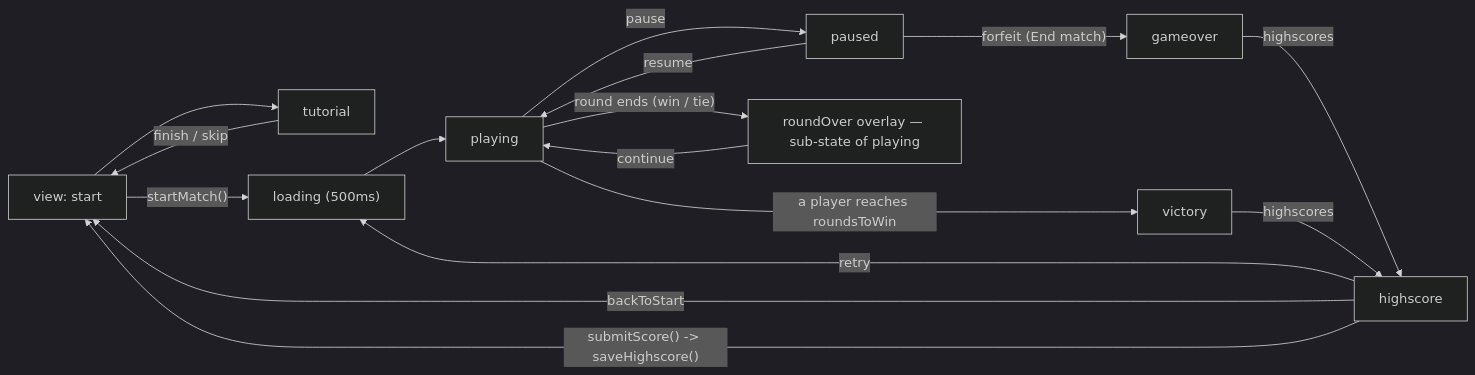
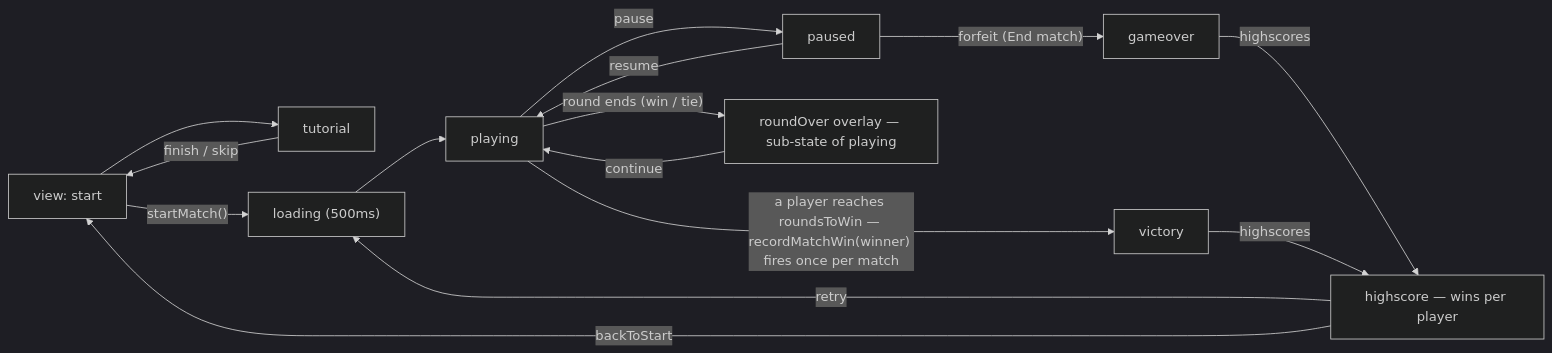
Before and after one commit to EdwardOYM/react-flash-games: the third of 3 diagrams in .github/diagram/architecture-flow.md, drawn with Mermaid (dark theme). The commit also changed other lines of this file and 8 other files, not shown here.

Commit message:
Refactor Tron game highscore management to record match wins per player and update UI for player names and scores

````diff
--- a/.github/diagram/architecture-flow.md
+++ b/.github/diagram/architecture-flow.md
@@ -99,18 +99,17 @@
 ```mermaid
 flowchart LR
     TSTART["view: start"] --> TTUTORIAL["tutorial"]
     TTUTORIAL -->|"finish / skip"| TSTART
     TSTART -->|"startMatch()"| TLOADING["loading (500ms)"]
     TLOADING --> TPLAYING["playing"]
     TPLAYING -->|pause| TPAUSED["paused"]
     TPAUSED -->|resume| TPLAYING
     TPAUSED -->|"forfeit (End match)"| TGAMEOVER["gameover"]
     TPLAYING -->|"round ends (win / tie)"| ROUNDOVER["roundOver overlay — sub-state of playing"]
     ROUNDOVER -->|continue| TPLAYING
-    TPLAYING -->|"a player reaches roundsToWin"| TVICTORY["victory"]
-    TGAMEOVER -->|highscores| THIGHSCORE["highscore"]
+    TPLAYING -->|"a player reaches roundsToWin — recordMatchWin(winner) fires once per match"| TVICTORY["victory"]
+    TGAMEOVER -->|highscores| THIGHSCORE["highscore — wins per player"]
     TVICTORY -->|highscores| THIGHSCORE
     THIGHSCORE -->|retry| TLOADING
     THIGHSCORE -->|backToStart| TSTART
-    THIGHSCORE -->|"submitScore() -> saveHighscore()"| TSTART
 ```
````
